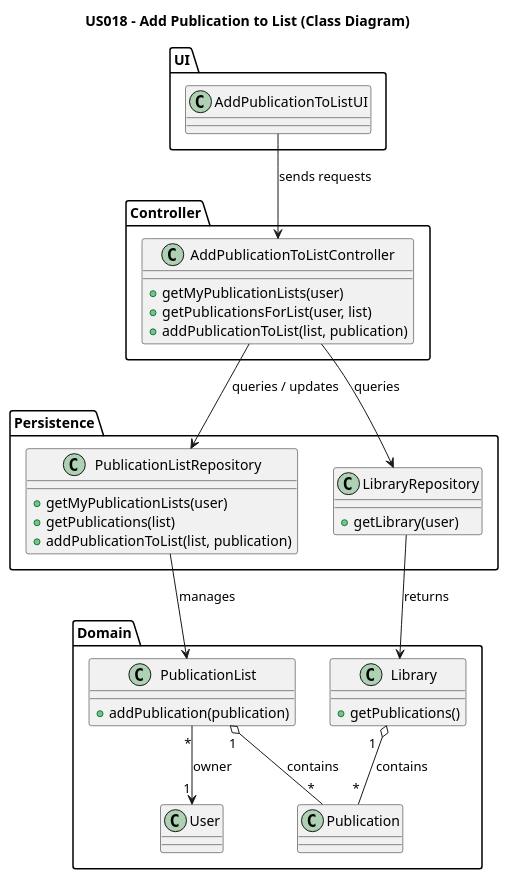
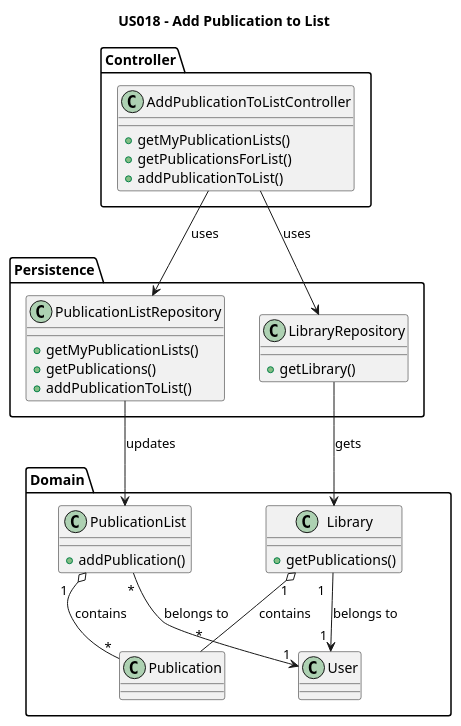
One commit to AndrePereiraGitH/SWitCH-Project-Team_A changed the diagram in Diagrams/ClassDiagrams/US018-to-add-publication-to-list.puml. Above: the diagram before and after it, drawn with PlantUML. The commit also changed 3 other files, not shown here.

Commit message:
#88 #89 and #92 #94: update class diagrams 17 and 18

```diff
--- a/Diagrams/ClassDiagrams/US018-to-add-publication-to-list.puml
+++ b/Diagrams/ClassDiagrams/US018-to-add-publication-to-list.puml
@@ -1,53 +1,49 @@
 @startuml
-title US018 - Add Publication to List (Class Diagram)
-
-package "UI" {
-  class AddPublicationToListUI
-}
+title US018 - Add Publication to List
 
 package "Controller" {
   class AddPublicationToListController {
-    +getMyPublicationLists(user)
-    +getPublicationsForList(user, list)
-    +addPublicationToList(list, publication)
+    +getMyPublicationLists()
+    +getPublicationsForList()
+    +addPublicationToList()
   }
 }
 
 package "Persistence" {
   class PublicationListRepository {
-    +getMyPublicationLists(user)
-    +getPublications(list)
-    +addPublicationToList(list, publication)
+    +getMyPublicationLists()
+    +getPublications()
+    +addPublicationToList()
   }
 
   class LibraryRepository {
-    +getLibrary(user)
+    +getLibrary()
   }
 }
 
 package "Domain" {
   class Library {
     +getPublications()
   }
 
   class PublicationList {
-    +addPublication(publication)
+    +addPublication()
   }
 
   class Publication
   class User
 }
 
-AddPublicationToListUI --> AddPublicationToListController : sends requests
+AddPublicationToListController --> PublicationListRepository : uses
+AddPublicationToListController --> LibraryRepository : uses
 
-AddPublicationToListController --> PublicationListRepository : queries / updates
-AddPublicationToListController --> LibraryRepository : queries
+LibraryRepository --> Library : gets
+PublicationListRepository --> PublicationList : updates
 
-LibraryRepository --> Library : returns
-PublicationListRepository --> PublicationList : manages
+Library " 1" o-- "            *" Publication : contains
+PublicationList "1   " o-- " *" Publication : contains
+PublicationList " *" --> "    1" User :  belongs to
+Library "1  " --> "1 " User :  belongs to
 
-Library "1  " o-- "*" Publication : contains
-PublicationList "  1" o-- "*" Publication : contains
-PublicationList "*" --> "    1" User : owner
 
 @enduml
```
